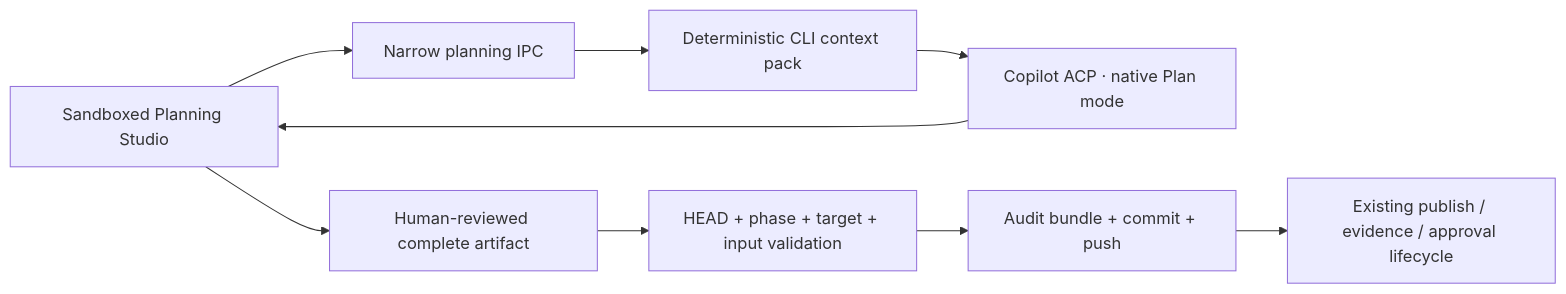
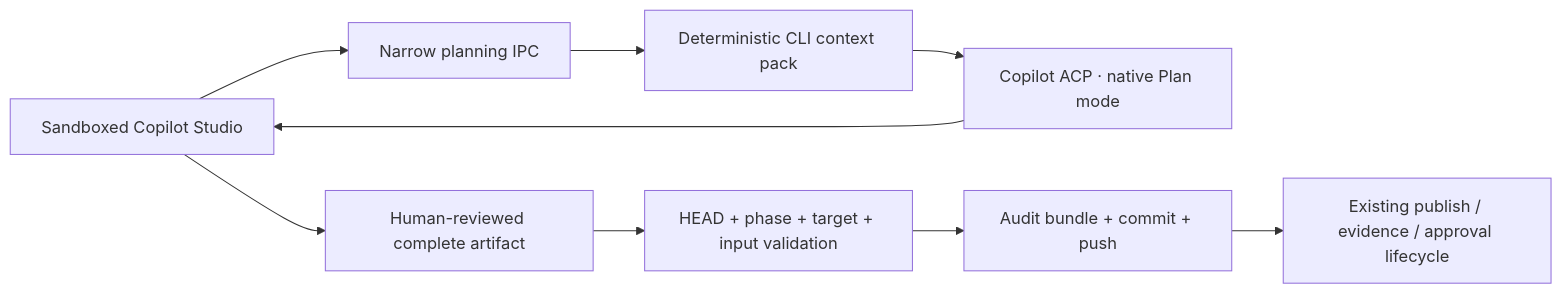
The third of 4 diagrams in ARCHITECTURE.md (ashokraj2011/singularityflow), drawn with Mermaid before and after one commit. The commit also changed other lines of this file and 23 other files, not shown here.

First line of the commit message:
Frame Copilot Studio from the caller, and raise the Epic artifact templates

````diff
--- a/ARCHITECTURE.md
+++ b/ARCHITECTURE.md
@@ -149,11 +149,11 @@
 ```mermaid
 flowchart LR
-    UI["Sandboxed Planning Studio"] --> IPC["Narrow planning IPC"]
+    UI["Sandboxed Copilot Studio"] --> IPC["Narrow planning IPC"]
     IPC --> CTX["Deterministic CLI context pack"]
     CTX --> ACP["Copilot ACP · native Plan mode"]
     ACP --> UI
     UI --> REVIEW["Human-reviewed complete artifact"]
     REVIEW --> GUARD["HEAD + phase + target + input validation"]
     GUARD --> GIT["Audit bundle + commit + push"]
     GIT --> GATE["Existing publish / evidence / approval lifecycle"]
 ```
````
